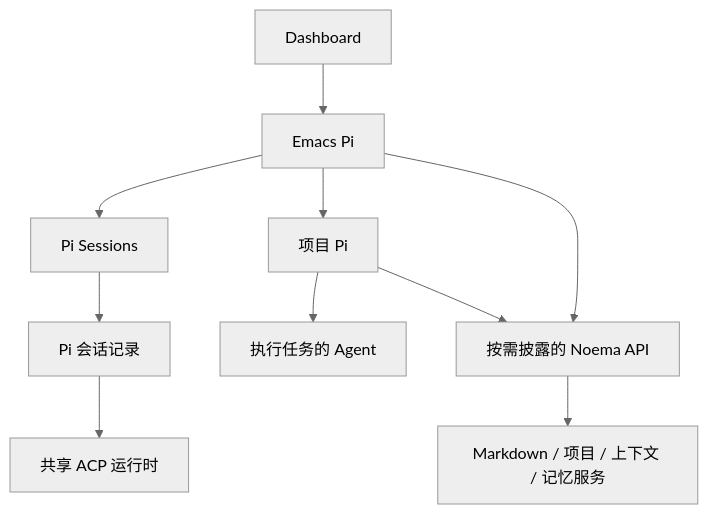
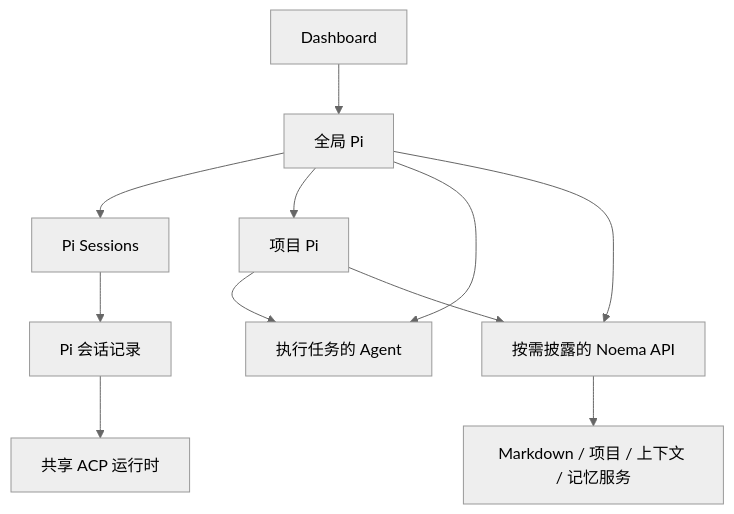
The diagram in docs/design/pi-sessions.md (AaronHnoraA/AaronEmacs), drawn with Mermaid (neutral theme) before and after one commit. The commit also changed other lines of this file and 25 other files, not shown here.

````diff
--- a/docs/design/pi-sessions.md
+++ b/docs/design/pi-sessions.md
@@ -10,12 +10,13 @@
 ```mermaid
 flowchart TD
   D[Dashboard] --> E
   E --> M[Pi Sessions]
-  E[Emacs Pi] --> P[项目 Pi]
+  E[全局 Pi] --> P[项目 Pi]
+  E --> W
   P --> W[执行任务的 Agent]
   M --> S[Pi 会话记录]
   S --> R[共享 ACP 运行时]
   E --> A[按需披露的 Noema API]
   P --> A
   A --> N[Markdown / 项目 / 上下文 / 记忆服务]
 ```
````
